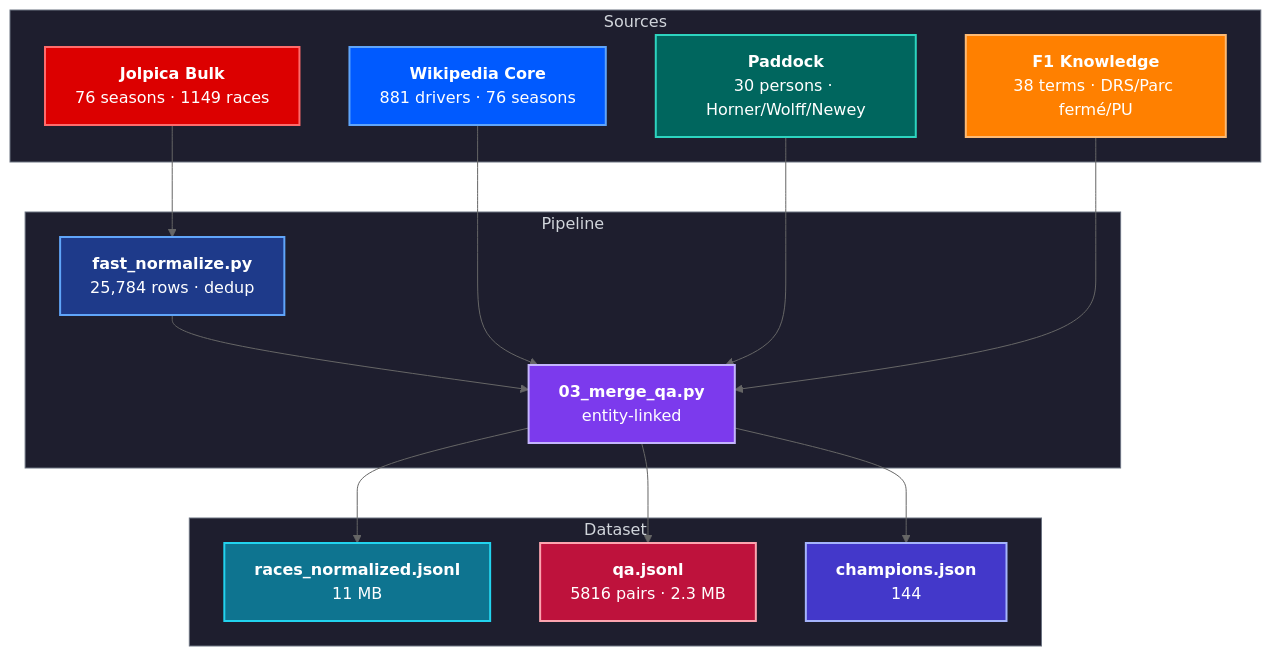
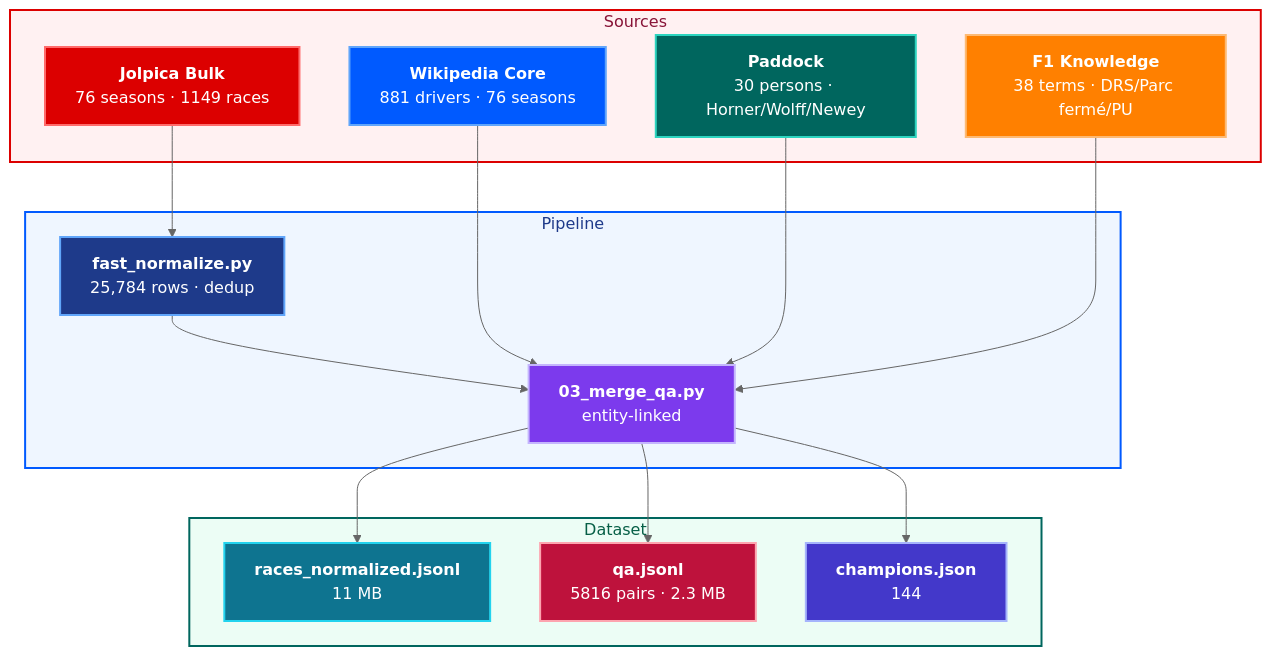
The diagram in README.md (VineshF1/F1-Dataset), drawn with Mermaid (neutral theme) before and after one commit.

````diff
--- a/README.md
+++ b/README.md
@@ -24,43 +24,43 @@
 ```mermaid
 flowchart TB
     subgraph SOURCES["Sources"]
         A["<b>Jolpica Bulk</b><br/>76 seasons · 1149 races"]
         B["<b>Wikipedia Core</b><br/>881 drivers · 76 seasons"]
         C["<b>Paddock</b><br/>30 persons · Horner/Wolff/Newey"]
         D["<b>F1 Knowledge</b><br/>38 terms · DRS/Parc fermé/PU"]
     end
 
     subgraph PIPELINE["Pipeline"]
         E["<b>fast_normalize.py</b><br/>25,784 rows · dedup"]
         F["<b>03_merge_qa.py</b><br/>entity-linked"]
     end
 
     subgraph OUTPUT["Dataset"]
         G["<b>races_normalized.jsonl</b><br/>11 MB"]
         H["<b>qa.jsonl</b><br/>5816 pairs · 2.3 MB"]
         I["<b>champions.json</b><br/>144"]
     end
 
     A --> E
     E --> F
     B --> F
     C --> F
     D --> F
     F --> G
     F --> H
     F --> I
 
     style A fill:#DC0000,stroke:#FF6B6B,stroke-width:2px,color:#fff
     style B fill:#005AFF,stroke:#60A5FA,stroke-width:2px,color:#fff
     style C fill:#00665E,stroke:#2DD4BF,stroke-width:2px,color:#fff
     style D fill:#FF8000,stroke:#FDBA74,stroke-width:2px,color:#fff
     style E fill:#1E3A8A,stroke:#60A5FA,stroke-width:2px,color:#fff
     style F fill:#7C3AED,stroke:#C4B5FD,stroke-width:2px,color:#fff
     style G fill:#0E7490,stroke:#22D3EE,stroke-width:2px,color:#fff
     style H fill:#BE123C,stroke:#FDA4AF,stroke-width:2px,color:#fff
     style I fill:#4338CA,stroke:#A5B4FC,stroke-width:2px,color:#fff
 
-    style SOURCES fill:#1e1e2e,stroke:#6b7280,stroke-width:1px,color:#d1d5db
-    style PIPELINE fill:#1e1e2e,stroke:#6b7280,stroke-width:1px,color:#d1d5db
-    style OUTPUT fill:#1e1e2e,stroke:#6b7280,stroke-width:1px,color:#d1d5db
+    style SOURCES fill:#FFF1F2,stroke:#DC0000,stroke-width:2px,color:#881337
+    style PIPELINE fill:#EFF6FF,stroke:#005AFF,stroke-width:2px,color:#1e3a8a
+    style OUTPUT fill:#ECFDF5,stroke:#00665E,stroke-width:2px,color:#065f46
 ```
````
